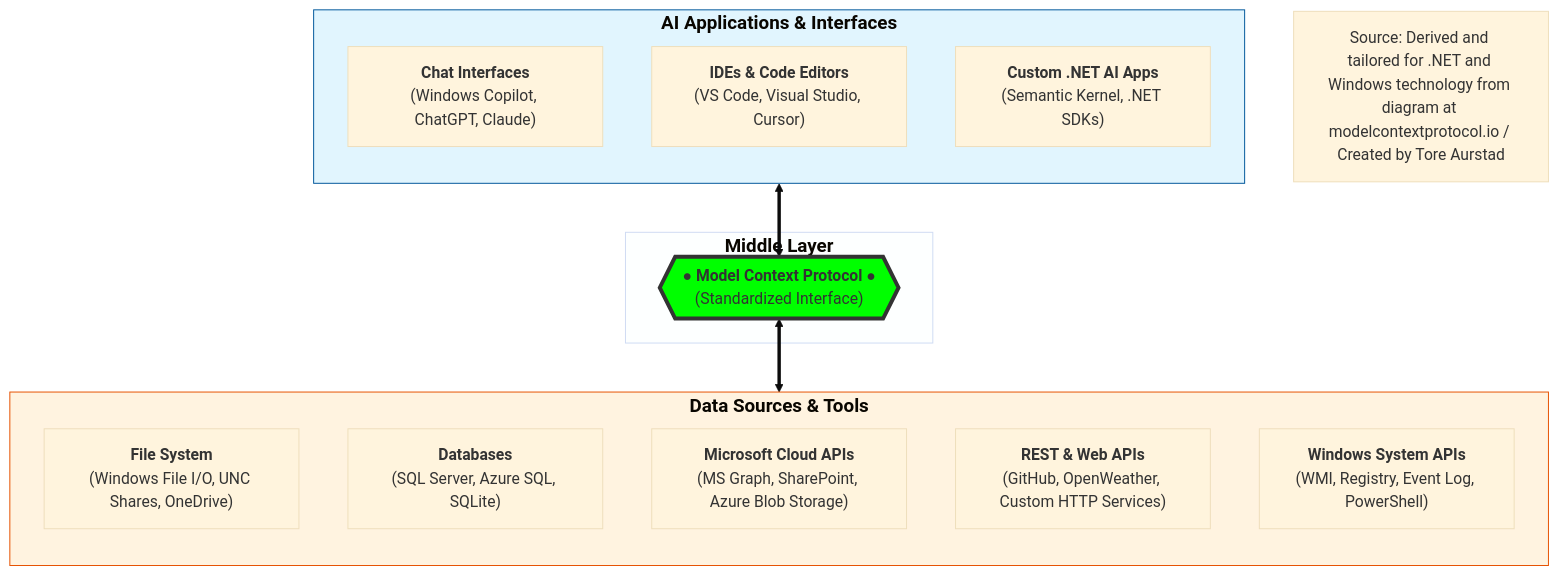
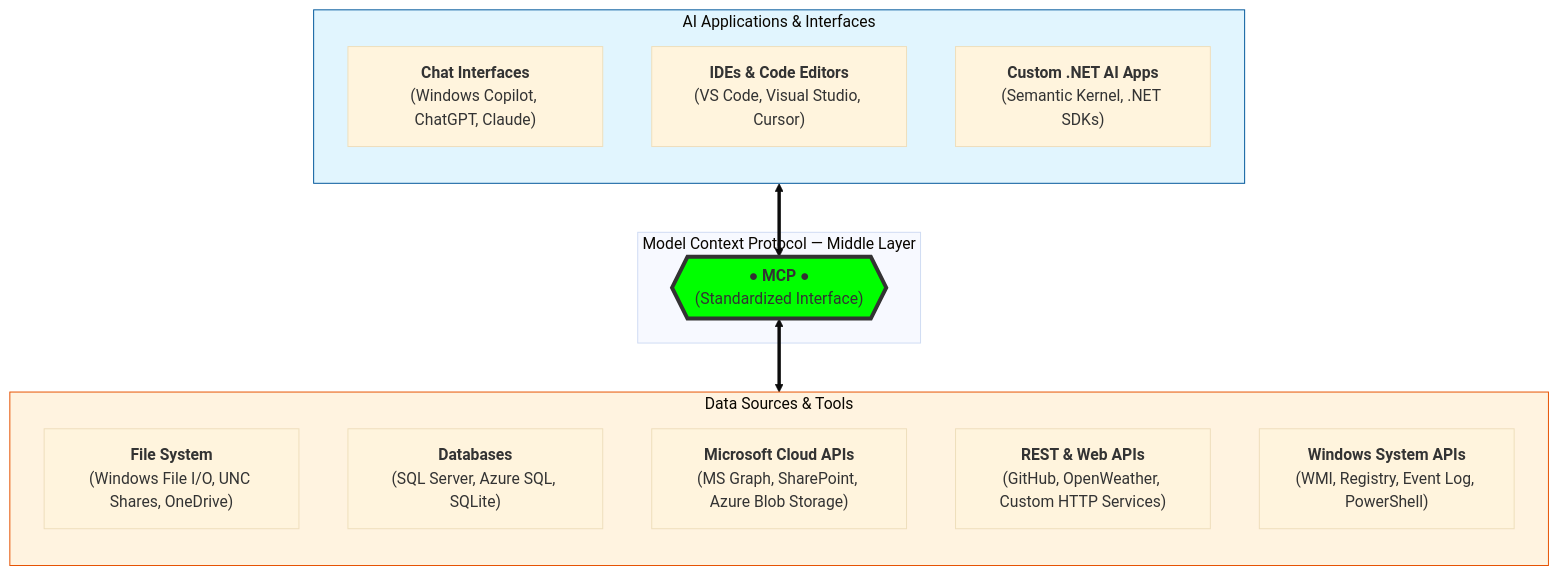
The diagram in lectures/ProgrammaticMcpDemo.md (toreaurstadboss/toreaurstadboss.github.io), drawn with Mermaid before and after one commit.

Commit message:
Fix Mermaid error: plain text subgraph titles, remove caption node

```diff
--- a/lectures/ProgrammaticMcpDemo.md
+++ b/lectures/ProgrammaticMcpDemo.md
@@ -25,34 +25,30 @@
 <div class="mermaid" markdown="0">
-%%{init: {'theme': 'base', 'themeVariables': {'clusterBkg': '#e1f5fe11', 'fontSize': '16px'}}}%%
+%%{init: {'theme': 'base', 'themeVariables': {'fontSize': '16px'}}}%%
 graph TD
-    subgraph AI_Applications ["<big><b>AI Applications & Interfaces</b></big><br/><br/>"]
+    subgraph AI_Applications ["AI Applications & Interfaces"]
         direction TB
         A1["<b>Chat Interfaces</b><br/>(Windows Copilot, ChatGPT, Claude)"]
         A2["<b>IDEs & Code Editors</b><br/>(VS Code, Visual Studio, Cursor)"]
         A3["<b>Custom .NET AI Apps</b><br/>(Semantic Kernel, .NET SDKs)"]
     end
 
-    subgraph Protocol_Layer ["<big><b>Middle Layer</b></big><br/>"]
-        MCP{{"<b>● Model Context Protocol ●</b><br/>(Standardized Interface)"}}
+    subgraph Protocol_Layer ["Model Context Protocol — Middle Layer"]
+        MCP{{"<b>● MCP ●</b><br/>(Standardized Interface)"}}
     end
 
-    subgraph Data_Tools ["<big><b>Data Sources & Tools</b></big><br/><br/>"]
+    subgraph Data_Tools ["Data Sources & Tools"]
         direction TB
         D1["<b>File System</b><br/>(Windows File I/O, UNC Shares, OneDrive)"]
         D2["<b>Databases</b><br/>(SQL Server, Azure SQL, SQLite)"]
         D3["<b>Microsoft Cloud APIs</b><br/>(MS Graph, SharePoint, Azure Blob Storage)"]
         D4["<b>REST & Web APIs</b><br/>(GitHub, OpenWeather, Custom HTTP Services)"]
         D5["<b>Windows System APIs</b><br/>(WMI, Registry, Event Log, PowerShell)"]
     end
 
-    %% Bidirectional Relationships
     AI_Applications <==> MCP
     MCP <==> Data_Tools
 
-    %% Styling
     style MCP fill:#00FF00,stroke:#333,stroke-width:4px
     style AI_Applications fill:#e1f5fe,stroke:#01579b
     style Data_Tools fill:#fff3e0,stroke:#e65100
-
-    caption[Source: Derived and tailored for .NET and Windows technology from diagram at modelcontextprotocol.io / Created by Tore Aurstad]
 </div>
```
